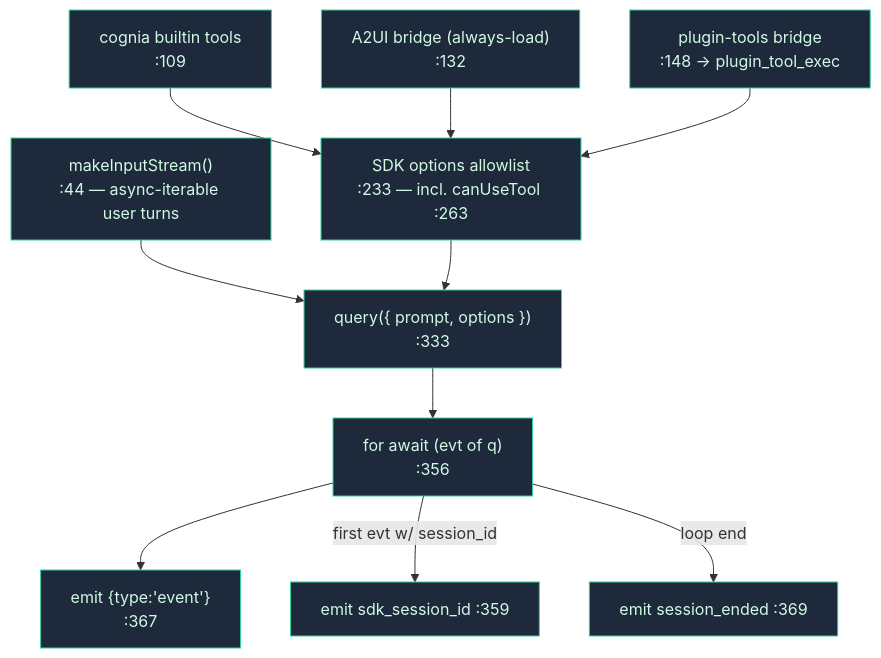
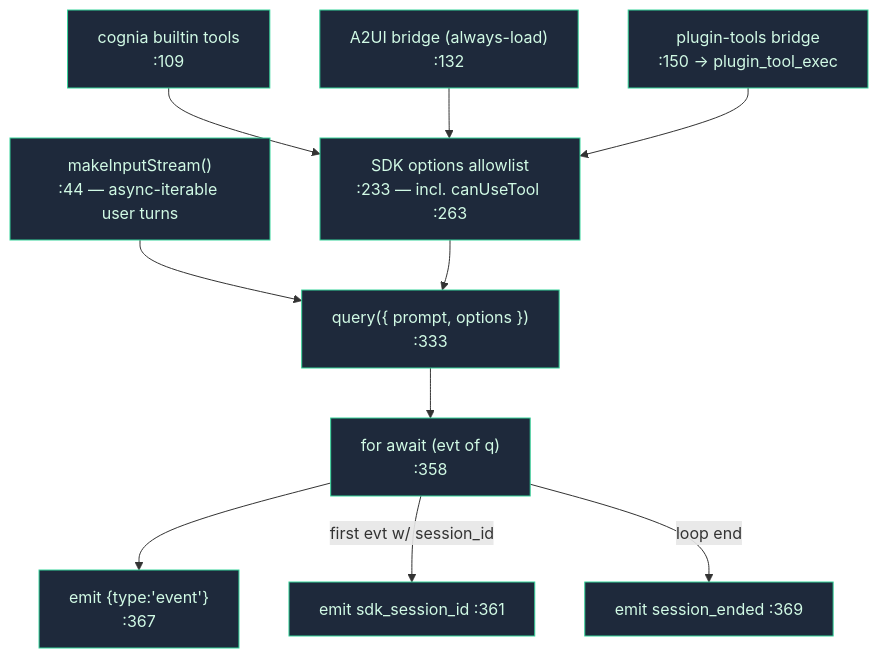
One commit to MaxQian888/cognia-next changed the third of 3 diagrams in docs/content/docs/en/chat/built-in-agent/runtime-loop.mdx. Above: the diagram before and after it, drawn with Mermaid. The commit also changed other lines of this file and 17 other files, not shown here.

````diff
--- a/docs/content/docs/en/chat/built-in-agent/runtime-loop.mdx
+++ b/docs/content/docs/en/chat/built-in-agent/runtime-loop.mdx
@@ -154,19 +154,19 @@
 ```mermaid
 flowchart TB
   IN["makeInputStream()<br/>:44 — async-iterable user turns"]
   MCP1["cognia builtin tools<br/>:109"]
   MCP2["A2UI bridge (always-load)<br/>:132"]
-  MCP3["plugin-tools bridge<br/>:148 → plugin_tool_exec"]
+  MCP3["plugin-tools bridge<br/>:150 → plugin_tool_exec"]
   OPTS["SDK options allowlist<br/>:233 — incl. canUseTool :263"]
   Q["query({ prompt, options })<br/>:333"]
-  PUMP["for await (evt of q)<br/>:356"]
+  PUMP["for await (evt of q)<br/>:358"]
   EMIT["emit {type:'event'}<br/>:367"]
 
   IN --> Q
   MCP1 & MCP2 & MCP3 --> OPTS --> Q --> PUMP --> EMIT
-  PUMP -->|"first evt w/ session_id"| SID["emit sdk_session_id :359"]
+  PUMP -->|"first evt w/ session_id"| SID["emit sdk_session_id :361"]
   PUMP -->|"loop end"| END["emit session_ended :369"]
 
   classDef n fill:#1e293b,stroke:#34d399,color:#d1fae5
   class IN,MCP1,MCP2,MCP3,OPTS,Q,PUMP,EMIT,SID,END n
 ```
````
